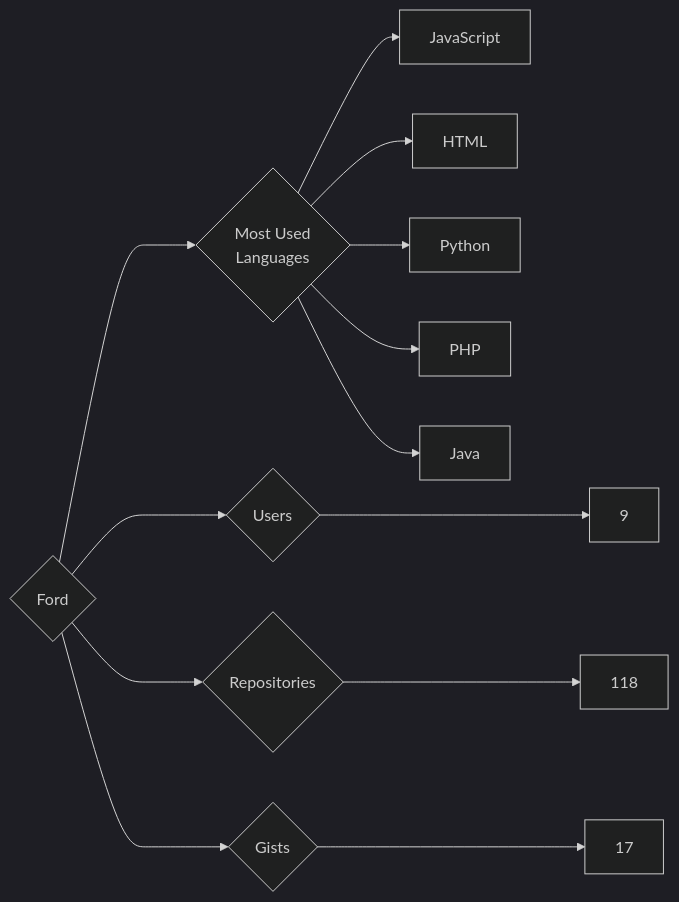
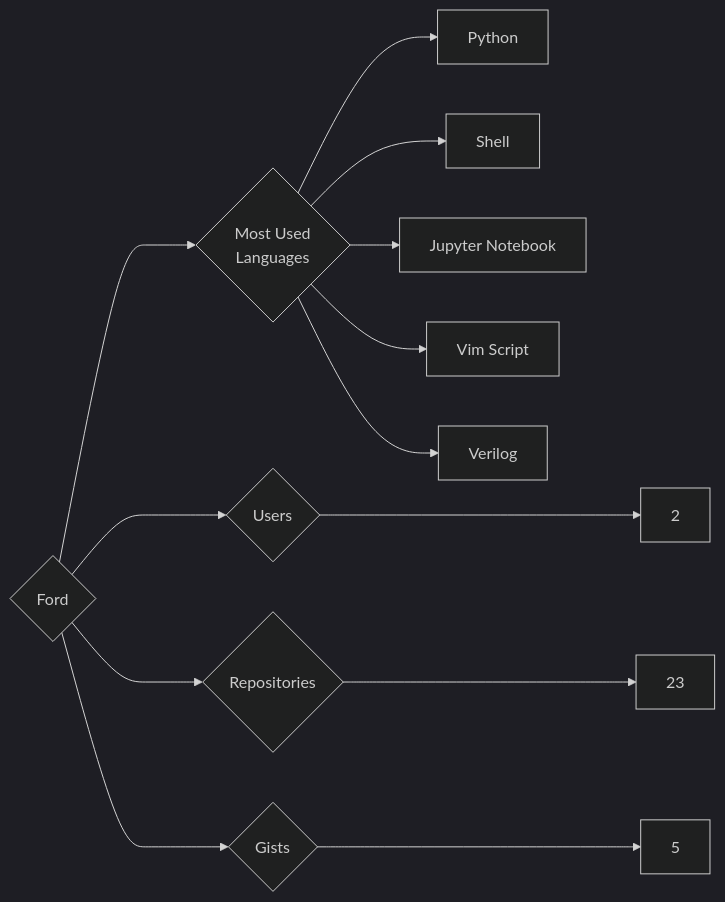
One commit to trickest/insiders changed the diagram in targets/Ford/README.md. Above: the diagram before and after it, drawn with Mermaid (dark theme). The commit also changed 718 other files, not shown here.

````diff
--- a/targets/Ford/README.md
+++ b/targets/Ford/README.md
@@ -3,13 +3,13 @@
 ```mermaid
 graph LR
 COMPANY_NAME{Ford}
-COMPANY_NAME ---> U{Users} ---> UN[9]
-COMPANY_NAME ---> R{Repositories} ---> RN[118]
-COMPANY_NAME ---> G{Gists} ---> GN[17]
+COMPANY_NAME ---> U{Users} ---> UN[2]
+COMPANY_NAME ---> R{Repositories} ---> RN[23]
+COMPANY_NAME ---> G{Gists} ---> GN[5]
 COMPANY_NAME ---> ML{Most Used<br>Languages}
-ML --> JavaScript[JavaScript]
-ML --> HTML[HTML]
 ML --> Python[Python]
-ML --> PHP[PHP]
-ML --> Java[Java]
+ML --> Shell[Shell]
+ML --> Jupyter_Notebook[Jupyter Notebook]
+ML --> Vim_Script[Vim Script]
+ML --> Verilog[Verilog]
 ```
````
